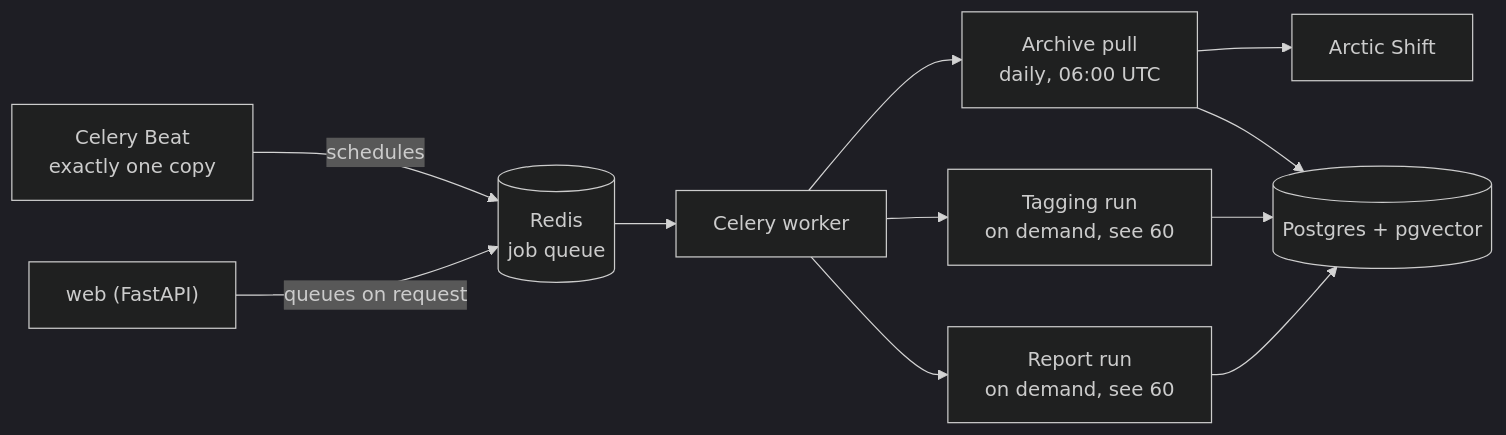
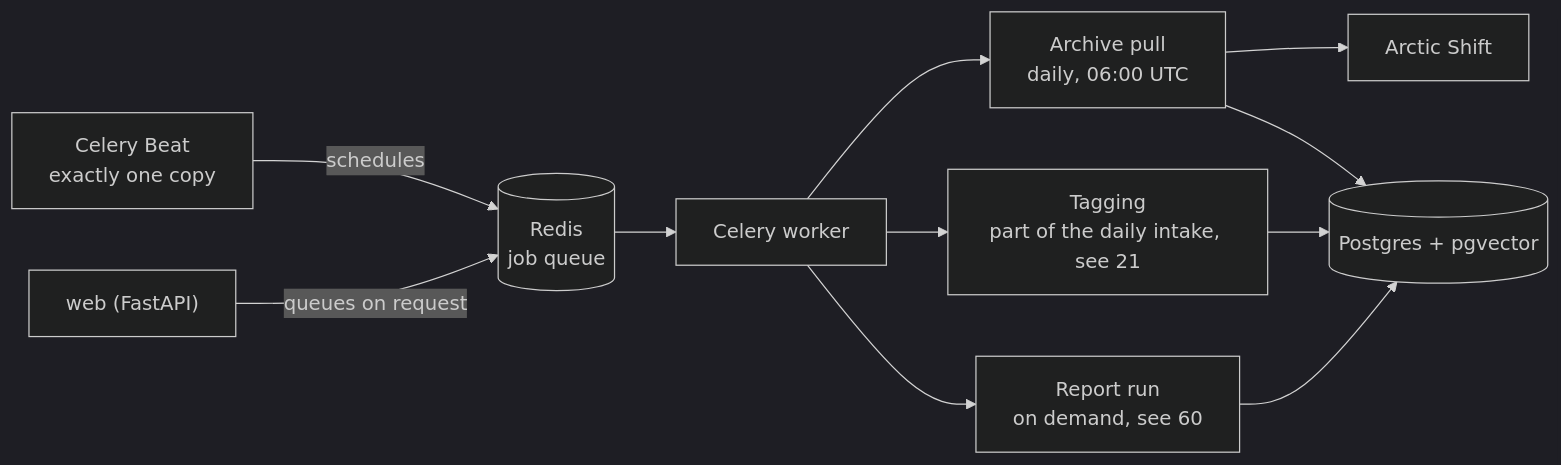
Before and after one commit to brianaderer/transcendent: the second of 2 diagrams in docs/atlas/40-backend.md, drawn with Mermaid (dark theme). The commit also changed other lines of this file and 8 other files, not shown here.

Commit message:
Atlas: daily tagging with 3-day lookahead, no chunking, reactions; 70 comparison; 31 screens design brief

````diff
--- a/docs/atlas/40-backend.md
+++ b/docs/atlas/40-backend.md
@@ -62,23 +62,23 @@
 ```mermaid
 flowchart LR
     BEAT["Celery Beat<br/>exactly one copy"]
     REDIS[("Redis<br/>job queue")]
     WORK["Celery worker"]
     PULL["Archive pull<br/>daily, 06:00 UTC"]
-    TAGJ["Tagging run<br/>on demand, see 60"]
+    TAGJ["Tagging<br/>part of the daily intake, see 21"]
     REPJ["Report run<br/>on demand, see 60"]
     WEB["web (FastAPI)"]
     AS["Arctic Shift"]
     PG[("Postgres + pgvector")]
 
     BEAT -->|"schedules"| REDIS
     WEB -->|"queues on request"| REDIS
     REDIS --> WORK
     WORK --> PULL
     WORK --> TAGJ
     WORK --> REPJ
     PULL --> AS
     PULL --> PG
     TAGJ --> PG
     REPJ --> PG
 ```
````
